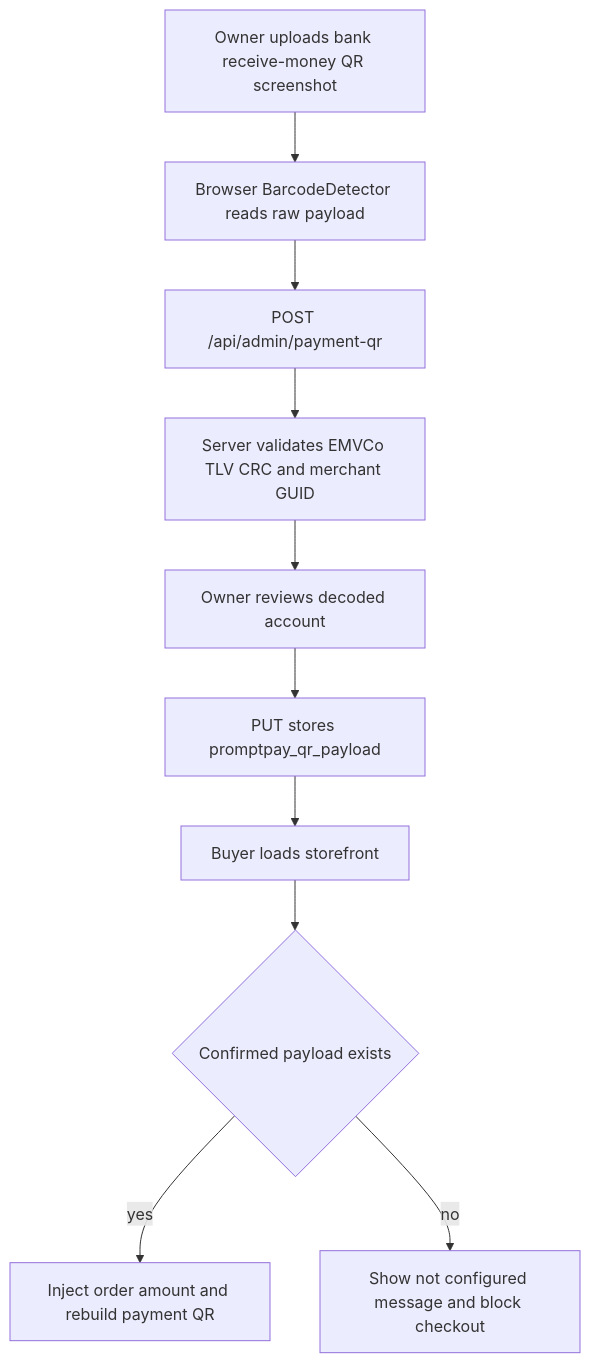
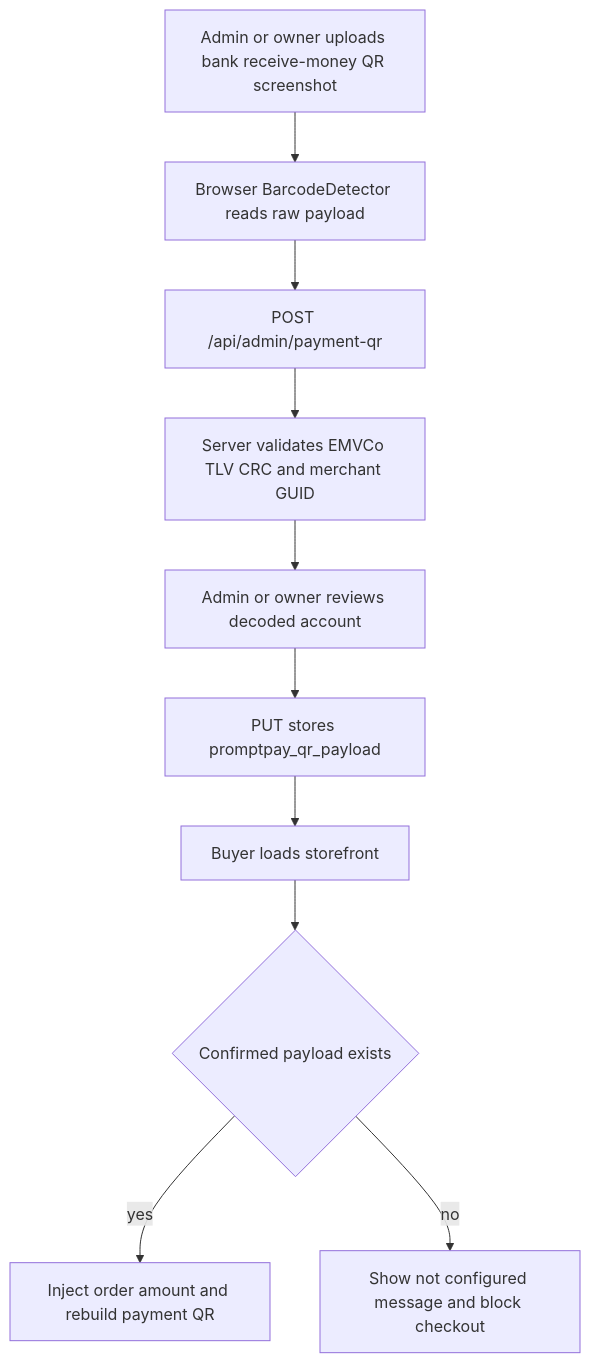
Before and after one commit to tzuracm/pomeloshop: the diagram in plans/payment-settings-consolidation.md, drawn with Mermaid. The commit also changed other lines of this file and 7 other files, not shown here.

````diff
--- a/plans/payment-settings-consolidation.md
+++ b/plans/payment-settings-consolidation.md
@@ -23,12 +28,12 @@
 ```mermaid
 flowchart TD
-    A[Owner uploads bank receive-money QR screenshot] --> B[Browser BarcodeDetector reads raw payload]
+    A[Admin or owner uploads bank receive-money QR screenshot] --> B[Browser BarcodeDetector reads raw payload]
     B --> C[POST /api/admin/payment-qr]
     C --> D[Server validates EMVCo TLV CRC and merchant GUID]
-    D --> E[Owner reviews decoded account]
+    D --> E[Admin or owner reviews decoded account]
     E --> F[PUT stores promptpay_qr_payload]
     F --> G[Buyer loads storefront]
     G --> H{Confirmed payload exists}
     H -- yes --> I[Inject order amount and rebuild payment QR]
     H -- no --> J[Show not configured message and block checkout]
 ```
````
